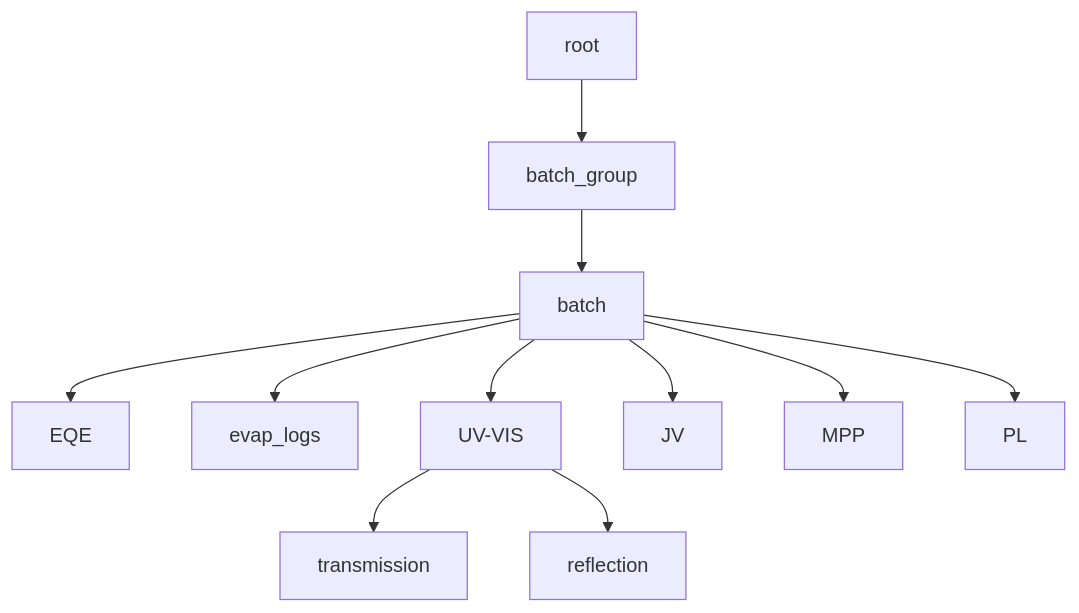
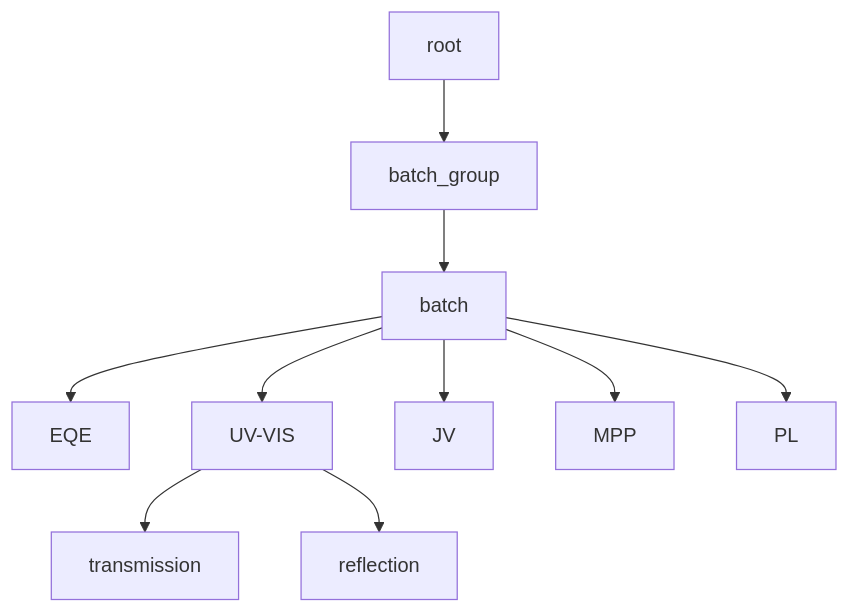
One commit to vskorjanc/pero-pipes changed the diagram in docs/hierarchies/common-hierarchy.md. Above: the diagram before and after it, drawn with Mermaid. The commit also changed 1 other file, not shown here.

Commit message:
Added JV and mermaid links in common

````diff
--- a/docs/hierarchies/common-hierarchy.md
+++ b/docs/hierarchies/common-hierarchy.md
@@ -4,6 +4,16 @@
 ``` mermaid
 flowchart TD
 root --> batch_group --> batch;
-batch --> EQE & evap_logs & UV-VIS & JV & MPP & PL;
+batch --> EQE & UV-VIS & JV & MPP & PL;
 UV-VIS --> transmission & reflection
+click root "../../containers/root"
+click batch_group "../../containers/batch_group"
+click batch "../../containers/batch"
+click EQE "../../containers/EQE"
+click UV-VIS "../../containers/UV-VIS"
+click JV "../../containers/JV"
+click MPP "../../containers/MPP"
+click PL "../../containers/PL"
+click transmission "../../containers/transmission"
+click reflection "../../containers/reflection"
 ```
````
